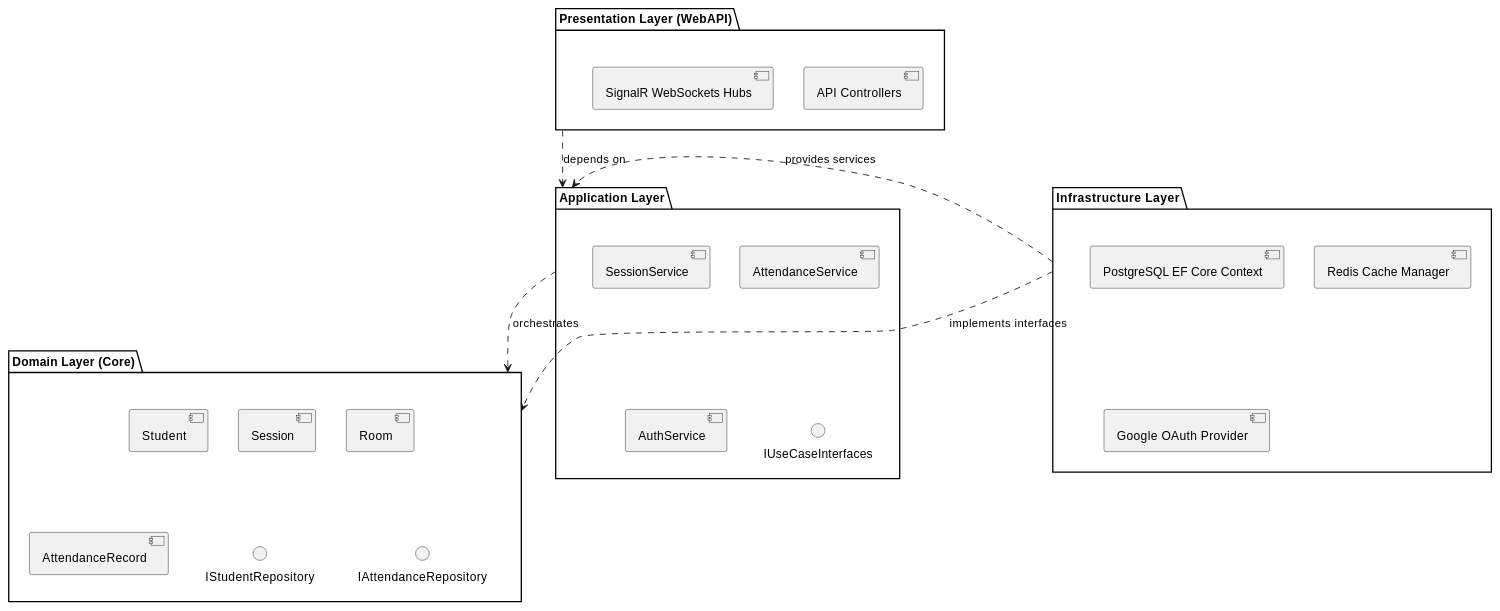
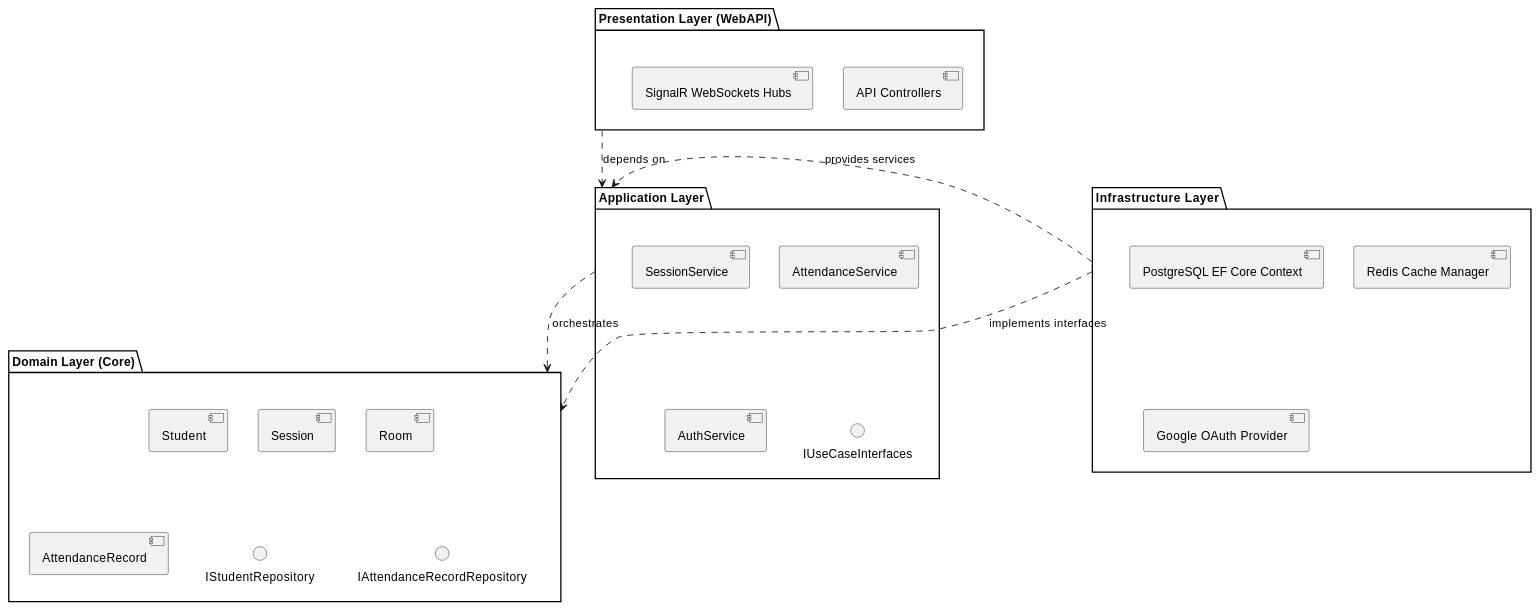
Before and after one commit to nttung42/SWD392: the second of 10 diagrams in MainDocs/AFAS_RDS_Document_Part2_Design_specification.md, drawn with PlantUML. The commit also changed other lines of this file and 1 other file, not shown here.

````diff
--- a/MainDocs/AFAS_RDS_Document_Part2_Design_specification.md
+++ b/MainDocs/AFAS_RDS_Document_Part2_Design_specification.md
@@ -130,33 +130,33 @@
 ```plantuml
 @startuml
 skinparam style strictuml
 package "Presentation Layer (WebAPI)" as Pres {
     [API Controllers]
     [SignalR WebSockets Hubs]
 }
 package "Application Layer" as App {
     [AttendanceService]
     [SessionService]
     [AuthService]
     interface IUseCaseInterfaces
 }
 package "Domain Layer (Core)" as Domain {
     [Student]
     [Session]
     [Room]
     [AttendanceRecord]
     interface IStudentRepository
-    interface IAttendanceRepository
+    interface IAttendanceRecordRepository
 }
 package "Infrastructure Layer" as Infra {
     [PostgreSQL EF Core Context]
     [Redis Cache Manager]
     [Google OAuth Provider]
 }
 
 Pres ..> App : "depends on"
 Infra ..> Domain : "implements interfaces"
 Infra ..> App : "provides services"
 App ..> Domain : "orchestrates"
 @enduml
 ```
````
